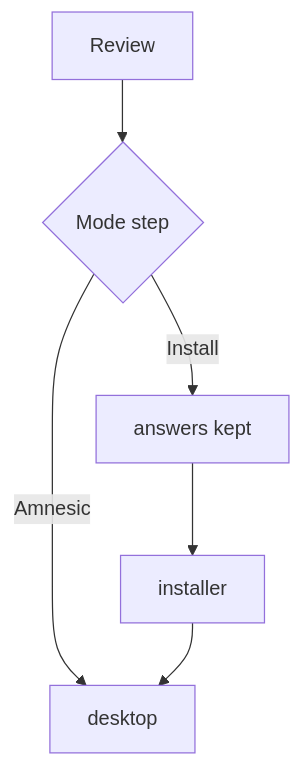
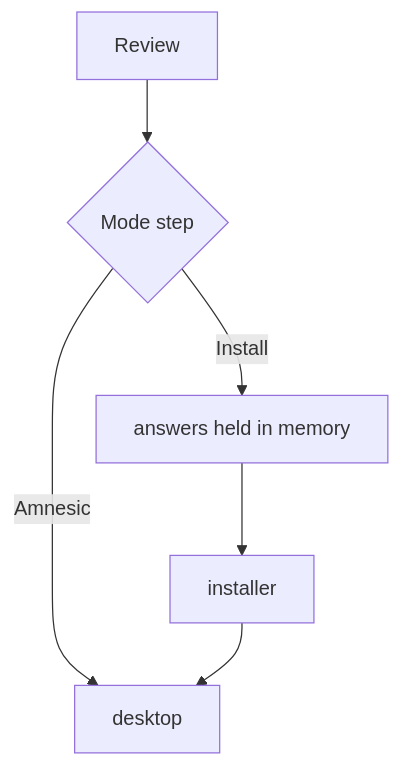
The diagram in docs/install/first-boot.md (NON-OS/microkernel), drawn with Mermaid before and after one commit. The commit also changed other lines of this file and 15 other files, not shown here.

First line of the commit message:
setup: Install holds the answers for the installer, so a stick starts fresh

````diff
--- a/docs/install/first-boot.md
+++ b/docs/install/first-boot.md
@@ -87,8 +87,8 @@
 ```mermaid
 flowchart TD
   review[Review] --> mode{Mode step}
   mode -->|Amnesic| desk[desktop]
-  mode -->|Install| kept[answers kept]
-  kept --> inst[installer]
+  mode -->|Install| held[answers held in memory]
+  held --> inst[installer]
   inst --> desk
 ```
````
